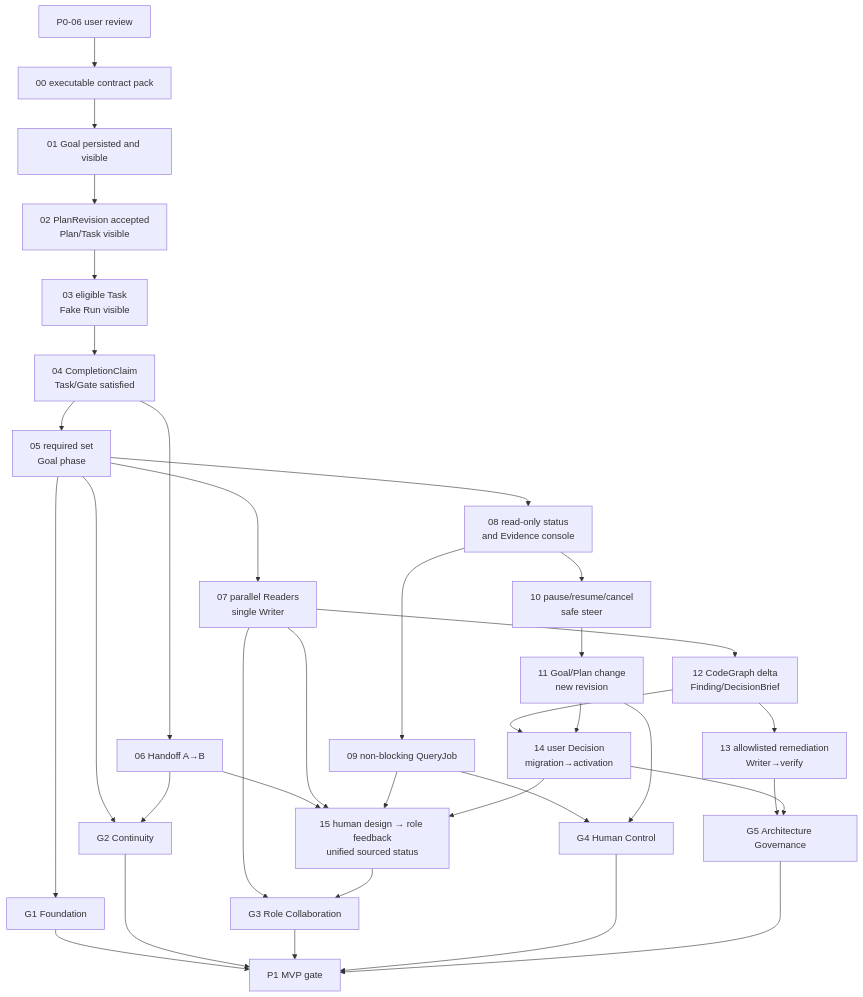
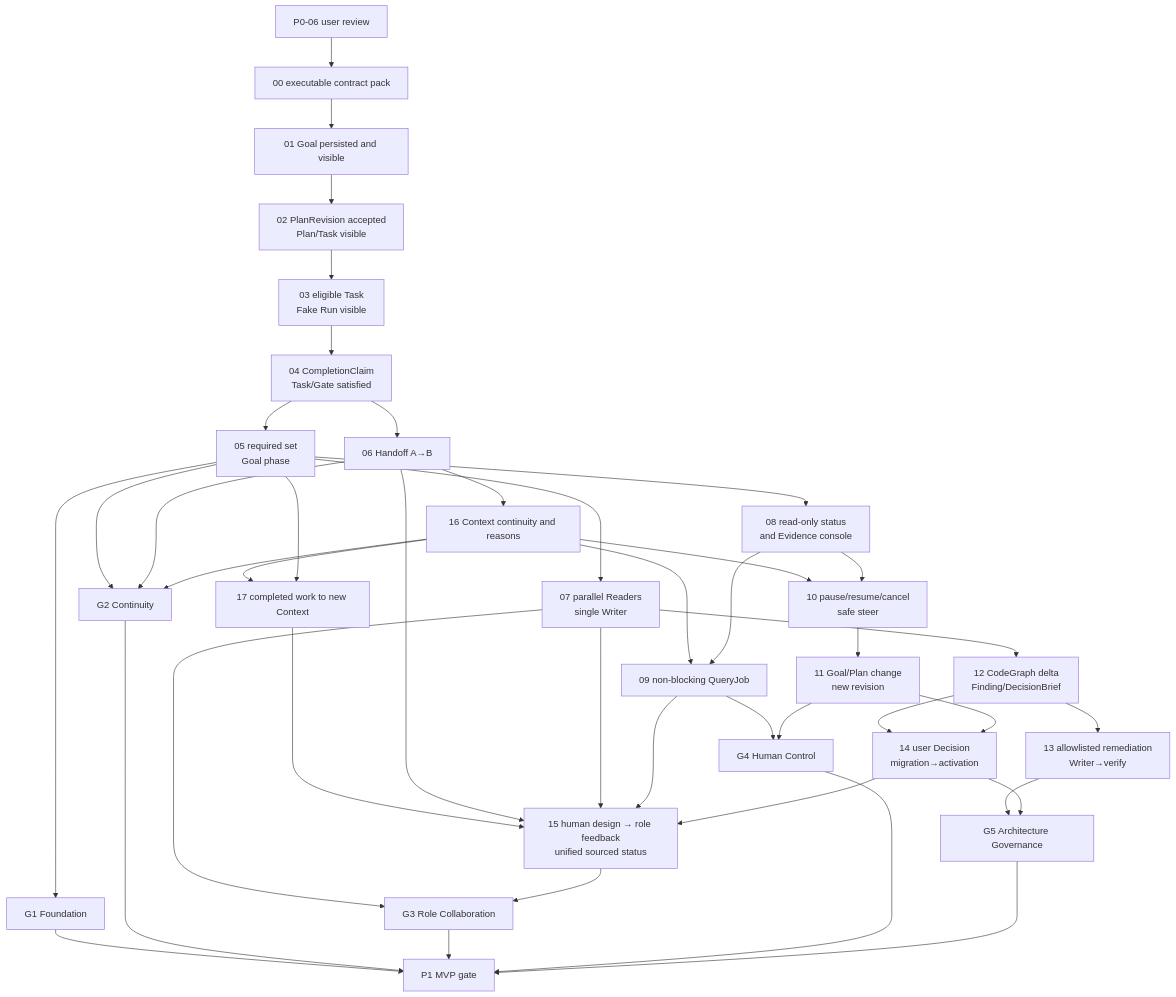
One commit to hk865/my-coding-platform-docs changed the diagram in agent_platform/dev_docs/planning/proposed/P1-foundation/DAG.md. Above: the diagram before and after it, drawn with Mermaid. The commit also changed other lines of this file and 72 other files, not shown here.

````diff
--- a/agent_platform/dev_docs/planning/proposed/P1-foundation/DAG.md
+++ b/agent_platform/dev_docs/planning/proposed/P1-foundation/DAG.md
@@ -35,43 +35,50 @@
 ```mermaid
 flowchart TD
   P0["P0-06 user review"] --> T00["00 executable contract pack"]
   T00 --> T01["01 Goal persisted and visible"]
   T01 --> T02["02 PlanRevision accepted<br/>Plan/Task visible"]
   T02 --> T03["03 eligible Task<br/>Fake Run visible"]
   T03 --> T04["04 CompletionClaim<br/>Task/Gate satisfied"]
   T04 --> T05["05 required set<br/>Goal phase"]
   T04 --> T06["06 Handoff A→B"]
+  T06 --> T16["16 Context continuity and reasons"]
+  T16 --> T09
+  T16 --> T10
+  T16 --> T17["17 completed work to new Context"]
+  T05 --> T17
+  T17 --> T15
 
   T05 --> T07["07 parallel Readers<br/>single Writer"]
   T05 --> T08["08 read-only status<br/>and Evidence console"]
 
   T08 --> T09["09 non-blocking QueryJob"]
   T08 --> T10["10 pause/resume/cancel<br/>safe steer"]
   T10 --> T11["11 Goal/Plan change<br/>new revision"]
 
   T07 --> T12["12 CodeGraph delta<br/>Finding/DecisionBrief"]
   T12 --> T13["13 allowlisted remediation<br/>Writer→verify"]
   T12 --> T14["14 user Decision<br/>migration→activation"]
   T11 --> T14
 
   T06 --> T15["15 human design → role feedback<br/>unified sourced status"]
   T07 --> T15
   T09 --> T15
   T14 --> T15
 
   T05 --> G1["G1 Foundation"]
   T05 --> G2["G2 Continuity"]
   T06 --> G2
+  T16 --> G2
   T07 --> G3["G3 Role Collaboration"]
   T15 --> G3
   T09 --> G4["G4 Human Control"]
   T11 --> G4
   T13 --> G5["G5 Architecture Governance"]
   T14 --> G5
 
   G1 --> MVP["P1 MVP gate"]
   G2 --> MVP
   G3 --> MVP
   G4 --> MVP
   G5 --> MVP
 ```
````
